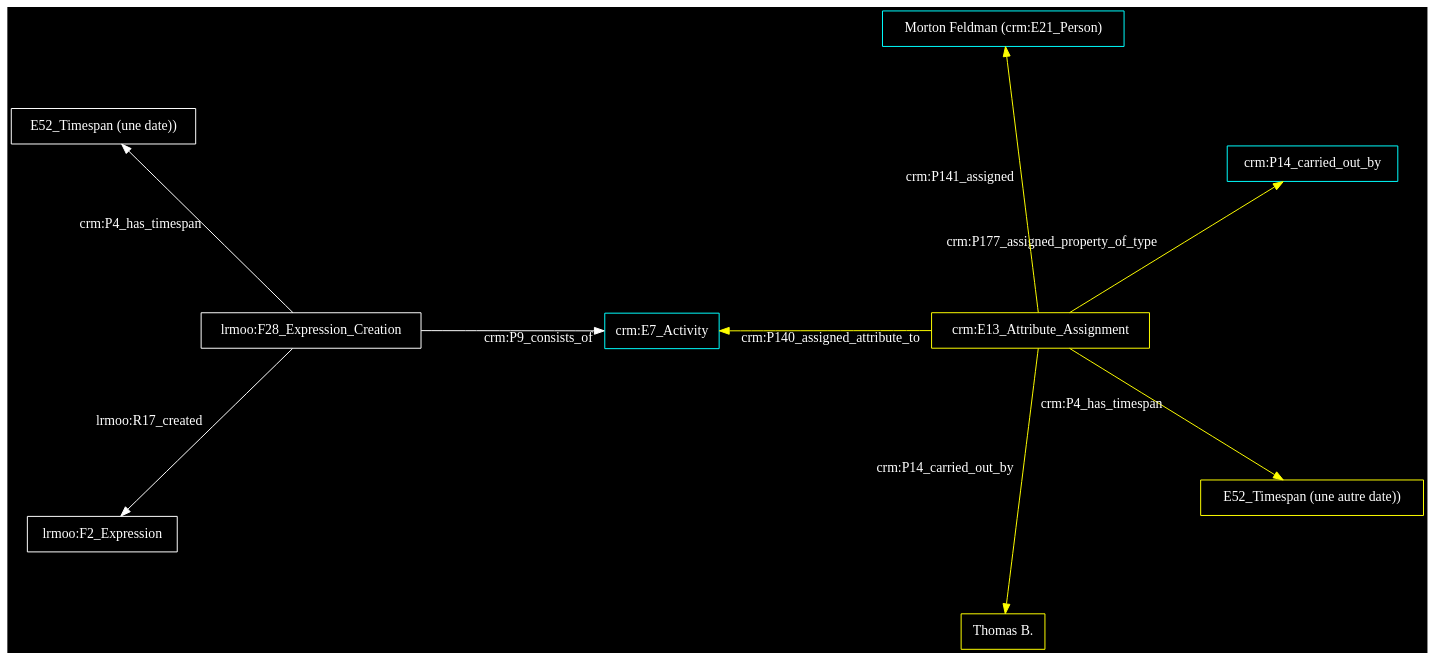
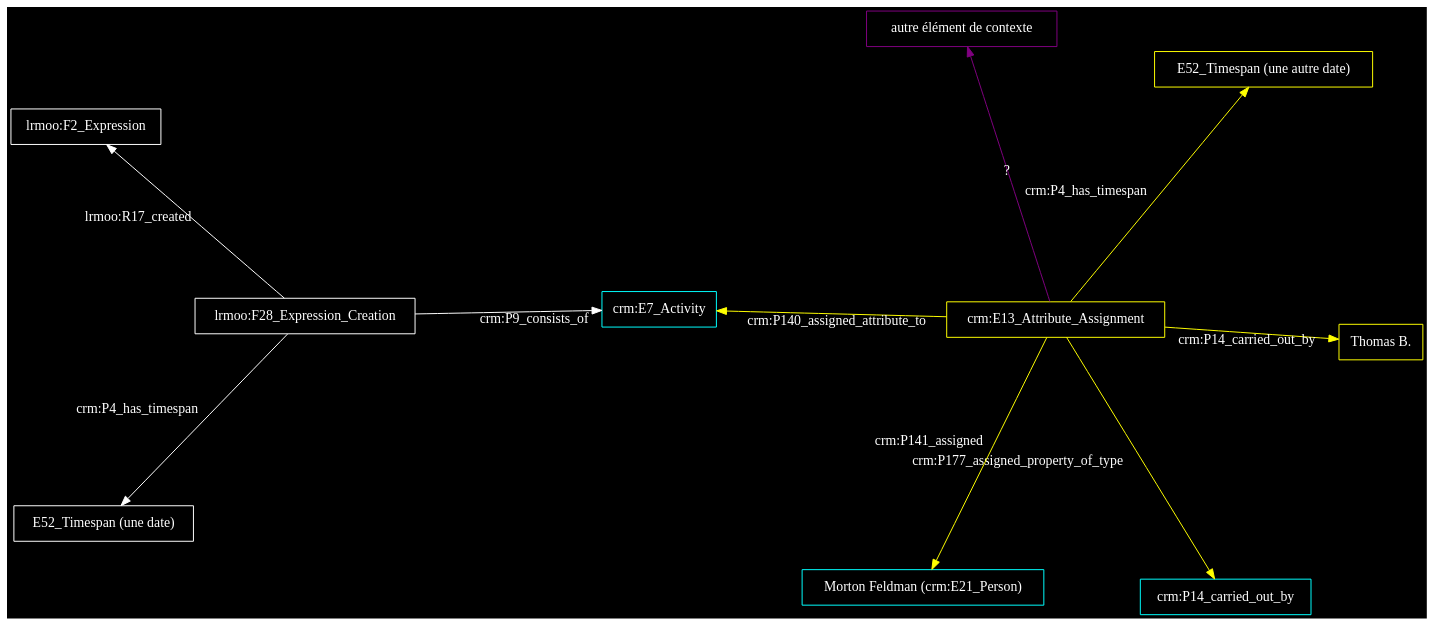
Before and after one commit to Amleth/communications: the diagram in out/2022.12.16_CM2-RMN-ontologies/dotfile_ec22b658-a792-4d61-b475-9f3ddf941368.dot, drawn with Graphviz. The commit also changed 209 other files, not shown here.

```diff
--- a/out/2022.12.16_CM2-RMN-ontologies/dotfile_ec22b658-a792-4d61-b475-9f3ddf941368.dot
+++ b/out/2022.12.16_CM2-RMN-ontologies/dotfile_ec22b658-a792-4d61-b475-9f3ddf941368.dot
@@ -1,25 +1,28 @@
 digraph {
     graph [bgcolor=black]
     rankdir=LR
     node [color=white,fontcolor=white,fontname="American Typewriter",shape=box]
     edge [color=white,fontcolor=white,fontname="American Typewriter"]
     
 
     layout=sfdp
 "lrmoo:F28_Expression_Creation" -> "crm:E7_Activity" [label="crm:P9_consists_of"]
 "lrmoo:F28_Expression_Creation" -> "lrmoo:F2_Expression" [label="lrmoo:R17_created"]
-"lrmoo:F28_Expression_Creation" -> "E52_Timespan (une date))" [label="crm:P4_has_timespan"]
+"lrmoo:F28_Expression_Creation" -> "E52_Timespan (une date)" [label="crm:P4_has_timespan"]
 "crm:E13_Attribute_Assignment" -> "crm:E7_Activity" [label="crm:P140_assigned_attribute_to",color=yellow]
 "crm:E13_Attribute_Assignment" -> "crm:P14_carried_out_by" [label="crm:P177_assigned_property_of_type",color=yellow]
 "crm:E13_Attribute_Assignment" -> "Morton Feldman (crm:E21_Person)" [label="crm:P141_assigned",color=yellow]
 "crm:E13_Attribute_Assignment" -> "Thomas B." [label="crm:P14_carried_out_by",color=yellow]
-"crm:E13_Attribute_Assignment" -> "E52_Timespan (une autre date))" [label="crm:P4_has_timespan",color=yellow]
+"crm:E13_Attribute_Assignment" -> "E52_Timespan (une autre date)" [label="crm:P4_has_timespan",color=yellow]
 
 "Morton Feldman (crm:E21_Person)" [color=cyan]
 "crm:E7_Activity" [color=cyan]
 
 "crm:E13_Attribute_Assignment" [color=yellow]
-"E52_Timespan (une autre date))" [color=yellow]
+"E52_Timespan (une autre date)" [color=yellow]
 "crm:P14_carried_out_by" [color=cyan]
 "Thomas B." [color=yellow]
+
+"crm:E13_Attribute_Assignment" -> "autre élément de contexte" [label="?",color=purple]
+"autre élément de contexte" [color=purple]
 }
```
